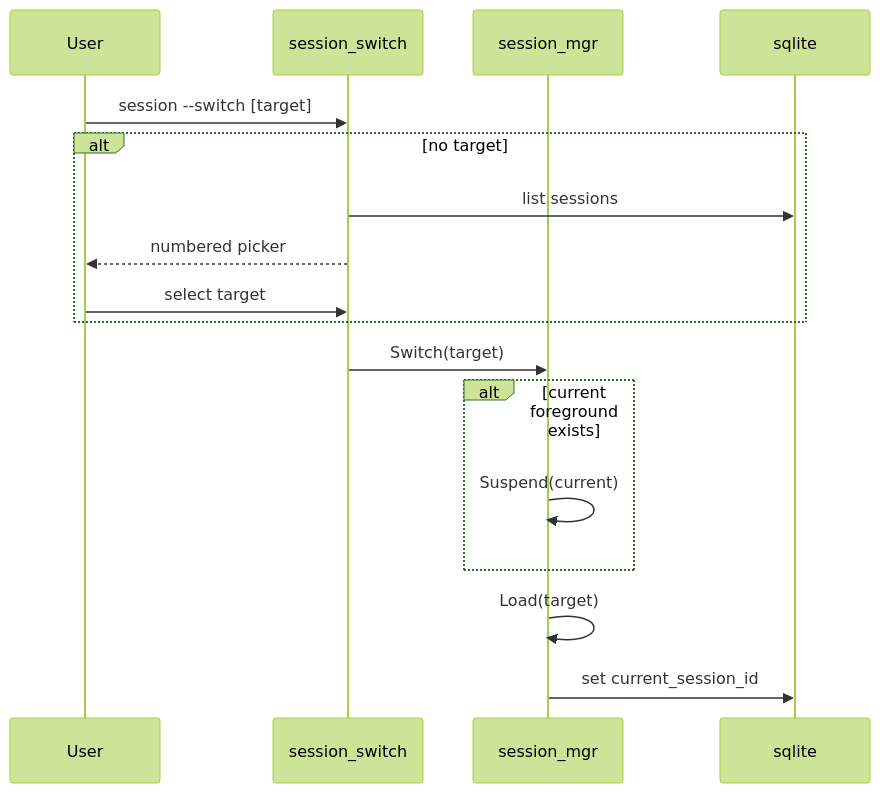
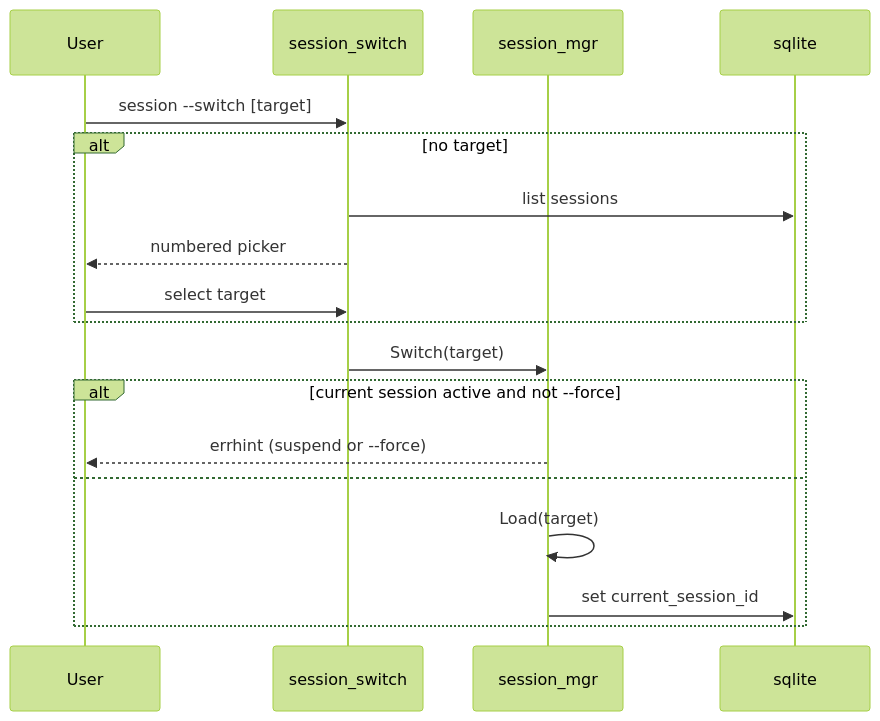
One commit to os-artificer/AiT changed the fourth of 5 diagrams in docs/design.md. Above: the diagram before and after it, drawn with Mermaid (forest theme). The commit also changed other lines of this file and 9 other files, not shown here.

````diff
--- a/docs/design.md
+++ b/docs/design.md
@@ -359,19 +355,20 @@
 ```mermaid
 sequenceDiagram
   participant User
   participant CLI as session_switch
   participant Sess as session_mgr
   participant DB as sqlite
   User->>CLI: session --switch [target]
   alt no target
     CLI->>DB: list sessions
     CLI-->>User: numbered picker
     User->>CLI: select target
   end
   CLI->>Sess: Switch(target)
-  alt current foreground exists
-    Sess->>Sess: Suspend(current)
+  alt current session active and not --force
+    Sess-->>User: errhint (suspend or --force)
+  else
+    Sess->>Sess: Load(target)
+    Sess->>DB: set current_session_id
   end
-  Sess->>Sess: Load(target)
-  Sess->>DB: set current_session_id
 ```
````
